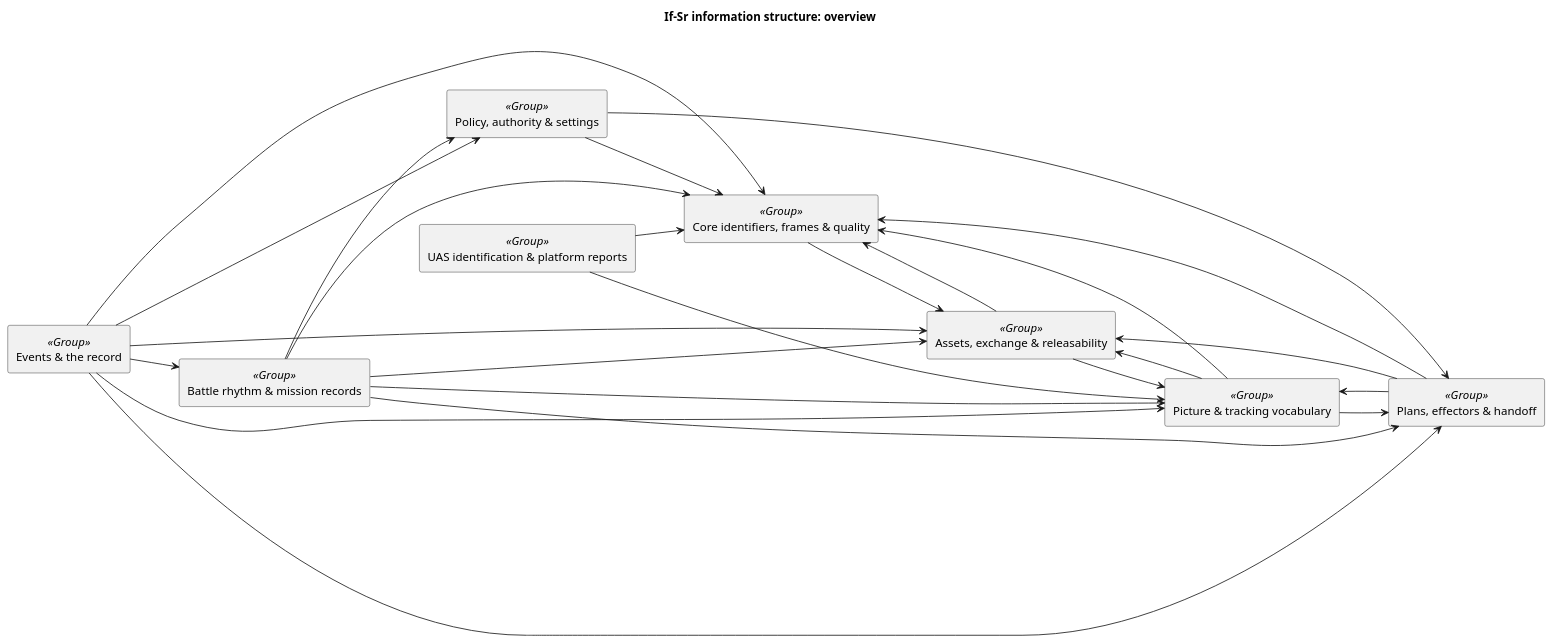
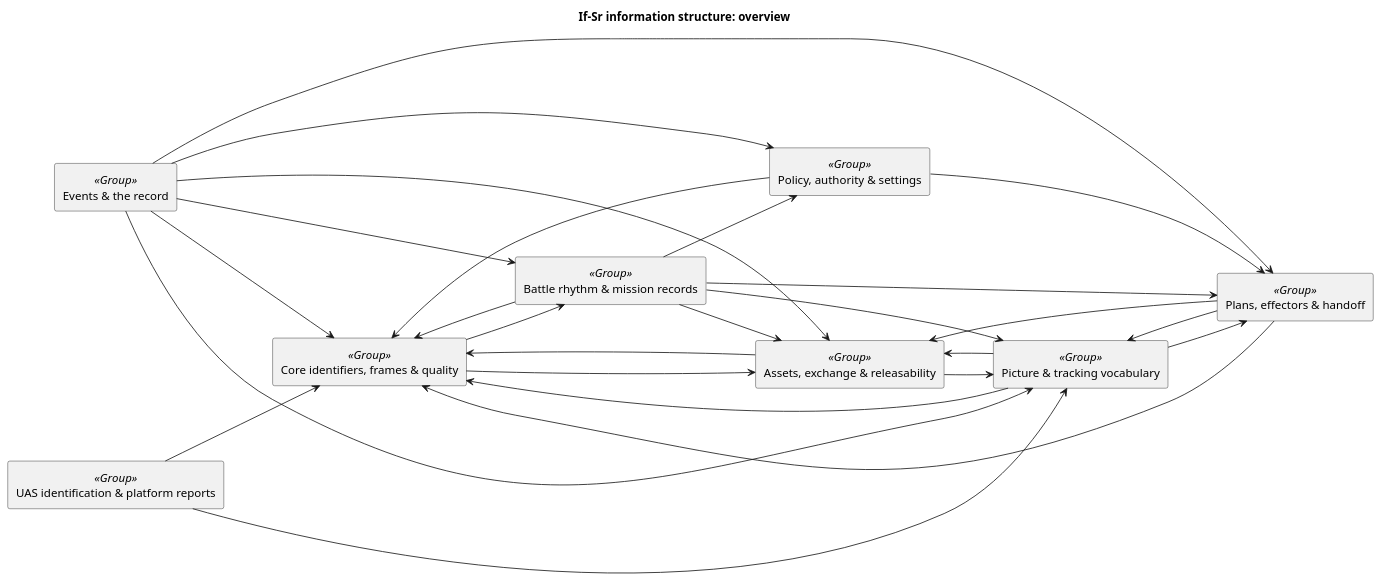
The diagram in docs/architecture/uaf/information/If-Sr-overview.puml (WayneRoessling/gungnir), drawn with PlantUML before and after one commit. The commit also changed 160 other files, not shown here.

```diff
--- a/docs/architecture/uaf/information/If-Sr-overview.puml
+++ b/docs/architecture/uaf/information/If-Sr-overview.puml
@@ -1,37 +1,38 @@
 @startuml If-Sr-overview
 title If-Sr information structure: overview
 skinparam componentStyle rectangle
 left to right direction
 component "Core identifiers, frames & quality" as core_identifiers_frames_quality <<Group>> [[If-Sr-core-identifiers-frames-quality.svg]]
 component "Picture & tracking vocabulary" as picture_tracking_vocabulary <<Group>> [[If-Sr-picture-tracking-vocabulary.svg]]
 component "Events & the record" as events_the_record <<Group>> [[If-Sr-events-the-record.svg]]
 component "Plans, effectors & handoff" as plans_effectors_handoff <<Group>> [[If-Sr-plans-effectors-handoff.svg]]
 component "Policy, authority & settings" as policy_authority_settings <<Group>> [[If-Sr-policy-authority-settings.svg]]
 component "Assets, exchange & releasability" as assets_exchange_releasability <<Group>> [[If-Sr-assets-exchange-releasability.svg]]
 component "Battle rhythm & mission records" as battle_rhythm_mission_records <<Group>> [[If-Sr-battle-rhythm-mission-records.svg]]
 component "UAS identification & platform reports" as uas_identification_platform_reports <<Group>> [[If-Sr-uas-identification-platform-reports.svg]]
 policy_authority_settings --> core_identifiers_frames_quality
 events_the_record --> picture_tracking_vocabulary
 events_the_record --> core_identifiers_frames_quality
 events_the_record --> battle_rhythm_mission_records
 events_the_record --> plans_effectors_handoff
 events_the_record --> assets_exchange_releasability
 events_the_record --> policy_authority_settings
 assets_exchange_releasability --> core_identifiers_frames_quality
 assets_exchange_releasability --> picture_tracking_vocabulary
 plans_effectors_handoff --> core_identifiers_frames_quality
 plans_effectors_handoff --> picture_tracking_vocabulary
 plans_effectors_handoff --> assets_exchange_releasability
 battle_rhythm_mission_records --> picture_tracking_vocabulary
 battle_rhythm_mission_records --> core_identifiers_frames_quality
 picture_tracking_vocabulary --> assets_exchange_releasability
 picture_tracking_vocabulary --> core_identifiers_frames_quality
 picture_tracking_vocabulary --> plans_effectors_handoff
 policy_authority_settings --> plans_effectors_handoff
 core_identifiers_frames_quality --> assets_exchange_releasability
+core_identifiers_frames_quality --> battle_rhythm_mission_records
 battle_rhythm_mission_records --> assets_exchange_releasability
 uas_identification_platform_reports --> picture_tracking_vocabulary
 uas_identification_platform_reports --> core_identifiers_frames_quality
 battle_rhythm_mission_records --> plans_effectors_handoff
 battle_rhythm_mission_records --> policy_authority_settings
 @enduml
```
